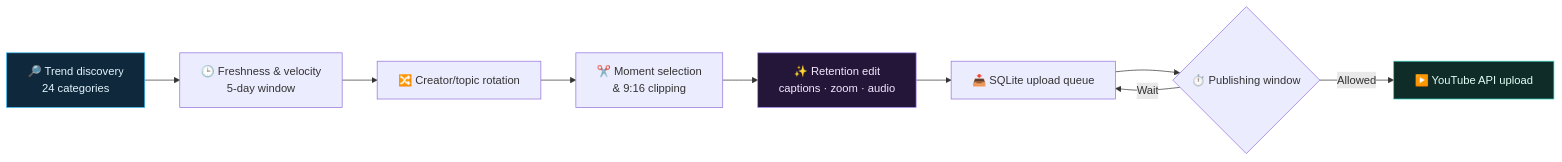
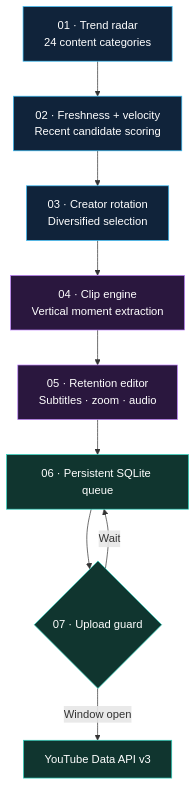
The diagram in README.md (SailikNanda/money-glitch), drawn with Mermaid before and after one commit. The commit also changed other lines of this file, not shown here.

````diff
--- a/README.md
+++ b/README.md
@@ -64,14 +145,17 @@
 ```mermaid
-flowchart LR
-  A["🔎 Trend discovery<br/>24 categories"] --> B["🕒 Freshness & velocity<br/>5-day window"]
-  B --> C["🔀 Creator/topic rotation"]
-  C --> D["✂️ Moment selection<br/>& 9:16 clipping"]
-  D --> E["✨ Retention edit<br/>captions · zoom · audio"]
-  E --> F["📥 SQLite upload queue"]
-  F --> G{"⏱️ Publishing window"}
-  G -->|Allowed| H["▶️ YouTube API upload"]
-  G -->|Wait| F
-  style A fill:#10283b,color:#e2f5ff,stroke:#38bdf8
-  style E fill:#241638,color:#f4e8ff,stroke:#a78bfa
-  style H fill:#102c28,color:#e4fff5,stroke:#2dd4bf
+flowchart TD
+  A["01 · Trend radar<br/>24 content categories"] --> B["02 · Freshness + velocity<br/>Recent candidate scoring"]
+  B --> C["03 · Creator rotation<br/>Diversified selection"]
+  C --> D["04 · Clip engine<br/>Vertical moment extraction"]
+  D --> E["05 · Retention editor<br/>Subtitles · zoom · audio"]
+  E --> F["06 · Persistent SQLite queue"]
+  F --> G{"07 · Upload guard"}
+  G -->|"Window open"| H["YouTube Data API v3"]
+  G -->|"Wait"| F
+  classDef discover fill:#10233A,stroke:#38BDF8,color:#FFFFFF
+  classDef create fill:#2A173E,stroke:#C084FC,color:#FFFFFF
+  classDef deliver fill:#10352F,stroke:#2DD4BF,color:#FFFFFF
+  class A,B,C discover
+  class D,E create
+  class F,G,H deliver
 ```
````
